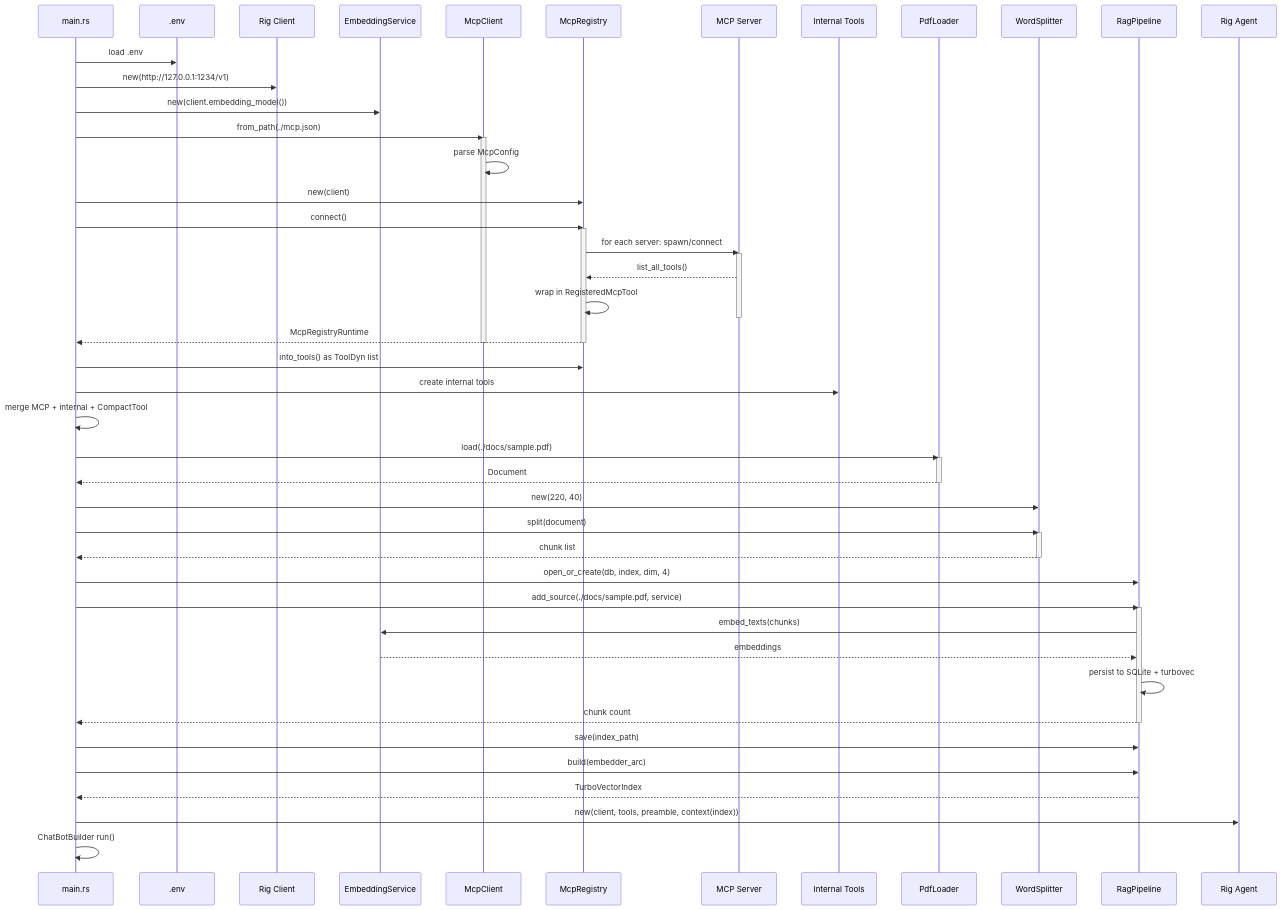
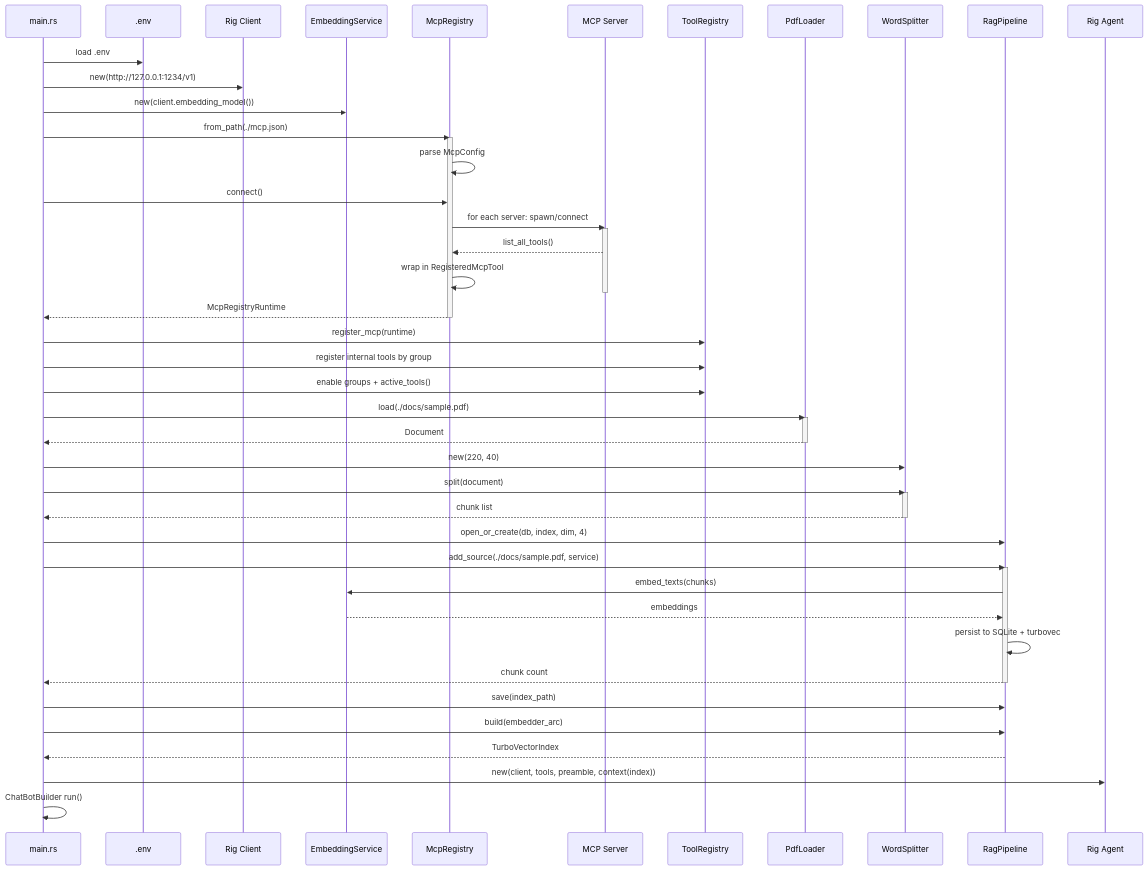
One commit to skaarfundgandr/agent_rs changed the first of 2 diagrams in docs/diagrams/sequence-diagram.md. Above: the diagram before and after it, drawn with Mermaid. The commit also changed 14 other files, not shown here.

Commit message:
docs: document web search capability, update API references and class diagrams

````diff
--- a/docs/diagrams/sequence-diagram.md
+++ b/docs/diagrams/sequence-diagram.md
@@ -5,61 +5,56 @@
 ```mermaid
 sequenceDiagram
     participant Main as main.rs
     participant DotEnv as .env
     participant RigClient as Rig Client
     participant Embed as EmbeddingService
-    participant McpClient as McpClient
     participant McpReg as McpRegistry
     participant McpSrv as MCP Server
-    participant Tools as Internal Tools
+    participant Tools as ToolRegistry
     participant Pdf as PdfLoader
     participant Splitter as WordSplitter
     participant Rag as RagPipeline
     participant Agent as Rig Agent
 
     Main->>DotEnv: load .env
     Main->>RigClient: new(http://127.0.0.1:1234/v1)
     Main->>Embed: new(client.embedding_model())
-    Main->>McpClient: from_path(./mcp.json)
-    activate McpClient
-    McpClient->>McpClient: parse McpConfig
-    Main->>McpReg: new(client)
+    Main->>McpReg: from_path(./mcp.json)
+    activate McpReg
+    McpReg->>McpReg: parse McpConfig
     Main->>McpReg: connect()
-    activate McpReg
     McpReg->>McpSrv: for each server: spawn/connect
     activate McpSrv
     McpSrv-->>McpReg: list_all_tools()
     McpReg->>McpReg: wrap in RegisteredMcpTool
     deactivate McpSrv
     McpReg-->>Main: McpRegistryRuntime
     deactivate McpReg
-    deactivate McpClient
-    Main->>McpReg: into_tools() as ToolDyn list
-
-    Main->>Tools: create internal tools
-    Main->>Main: merge MCP + internal + CompactTool
+    Main->>Tools: register_mcp(runtime)
+    Main->>Tools: register internal tools by group
+    Main->>Tools: enable groups + active_tools()
 
     Main->>Pdf: load(./docs/sample.pdf)
     activate Pdf
     Pdf-->>Main: Document
     deactivate Pdf
     Main->>Splitter: new(220, 40)
     Main->>Splitter: split(document)
     activate Splitter
     Splitter-->>Main: chunk list
     deactivate Splitter
     Main->>Rag: open_or_create(db, index, dim, 4)
     Main->>Rag: add_source(./docs/sample.pdf, service)
     activate Rag
     Rag->>Embed: embed_texts(chunks)
     Embed-->>Rag: embeddings
     Rag->>Rag: persist to SQLite + turbovec
     Rag-->>Main: chunk count
     deactivate Rag
     Main->>Rag: save(index_path)
     Main->>Rag: build(embedder_arc)
     Rag-->>Main: TurboVectorIndex
 
     Main->>Agent: new(client, tools, preamble, context(index))
     Main->>Main: ChatBotBuilder run()
 ```
````
